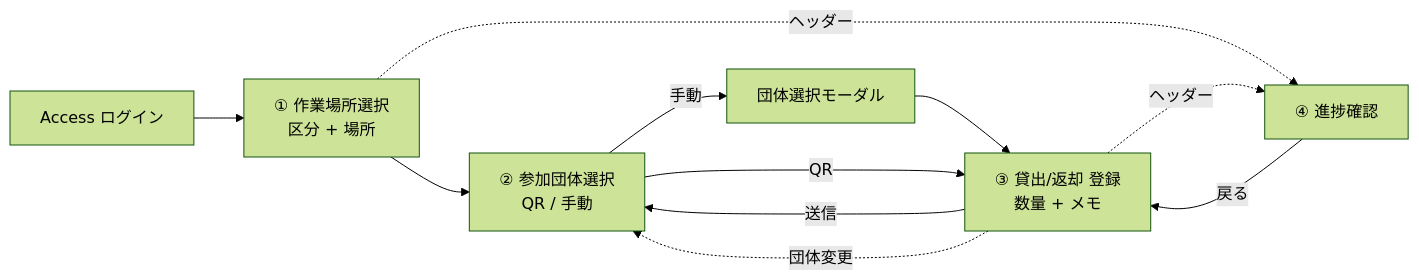
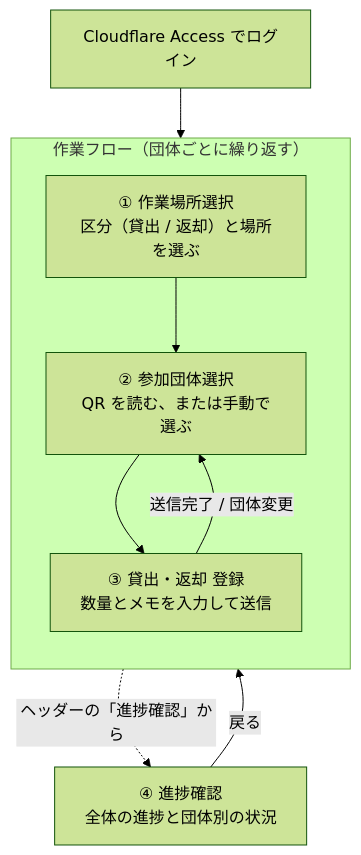
One commit to NUTFes/group-manager-2 changed the first of 3 diagrams in docs/rental/design.md. Above: the diagram before and after it, drawn with Mermaid (forest theme). The commit also changed other lines of this file, not shown here.

First line of the commit message:
docs: レビュー指摘を反映し設計書の図表を整理する

````diff
--- a/docs/rental/design.md
+++ b/docs/rental/design.md
@@ -65,13 +65,14 @@
 ```mermaid
-flowchart LR
-  A[Access ログイン] --> S1["① 作業場所選択<br/>区分 + 場所"]
-  S1 --> S2["② 参加団体選択<br/>QR / 手動"]
-  S2 -->|手動| M[団体選択モーダル]
-  M --> S3
-  S2 -->|QR| S3["③ 貸出/返却 登録<br/>数量 + メモ"]
-  S3 -->|送信| S2
-  S3 -.団体変更.-> S2
-  S1 -.ヘッダー.-> S4["④ 進捗確認"]
-  S3 -.ヘッダー.-> S4
-  S4 -->|戻る| S3
+flowchart TD
+  L["Cloudflare Access でログイン"] --> S1
+  subgraph work["作業フロー（団体ごとに繰り返す）"]
+    direction TB
+    S1["① 作業場所選択<br/>区分（貸出 / 返却）と場所を選ぶ"]
+    S2["② 参加団体選択<br/>QR を読む、または手動で選ぶ"]
+    S3["③ 貸出・返却 登録<br/>数量とメモを入力して送信"]
+    S1 --> S2 --> S3
+    S3 -->|送信完了 / 団体変更| S2
+  end
+  work -.->|ヘッダーの「進捗確認」から| S4["④ 進捗確認<br/>全体の進捗と団体別の状況"]
+  S4 -->|戻る| work
 ```
````
